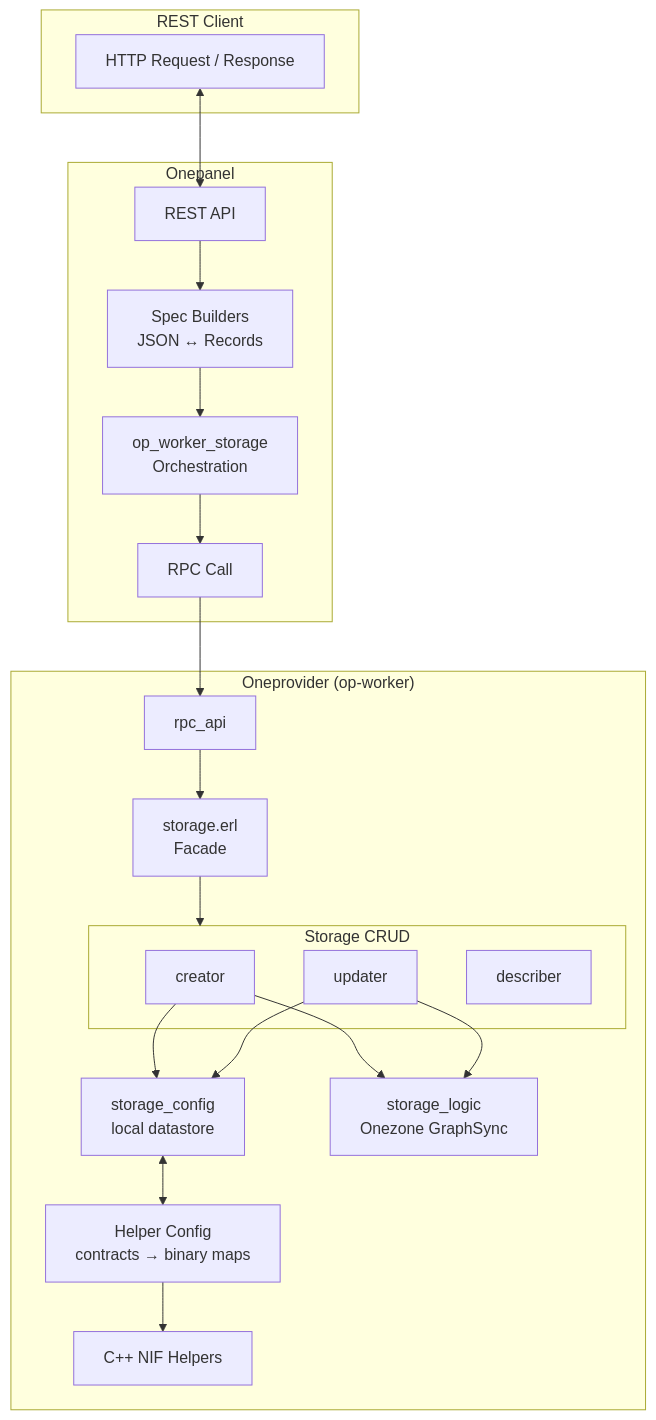
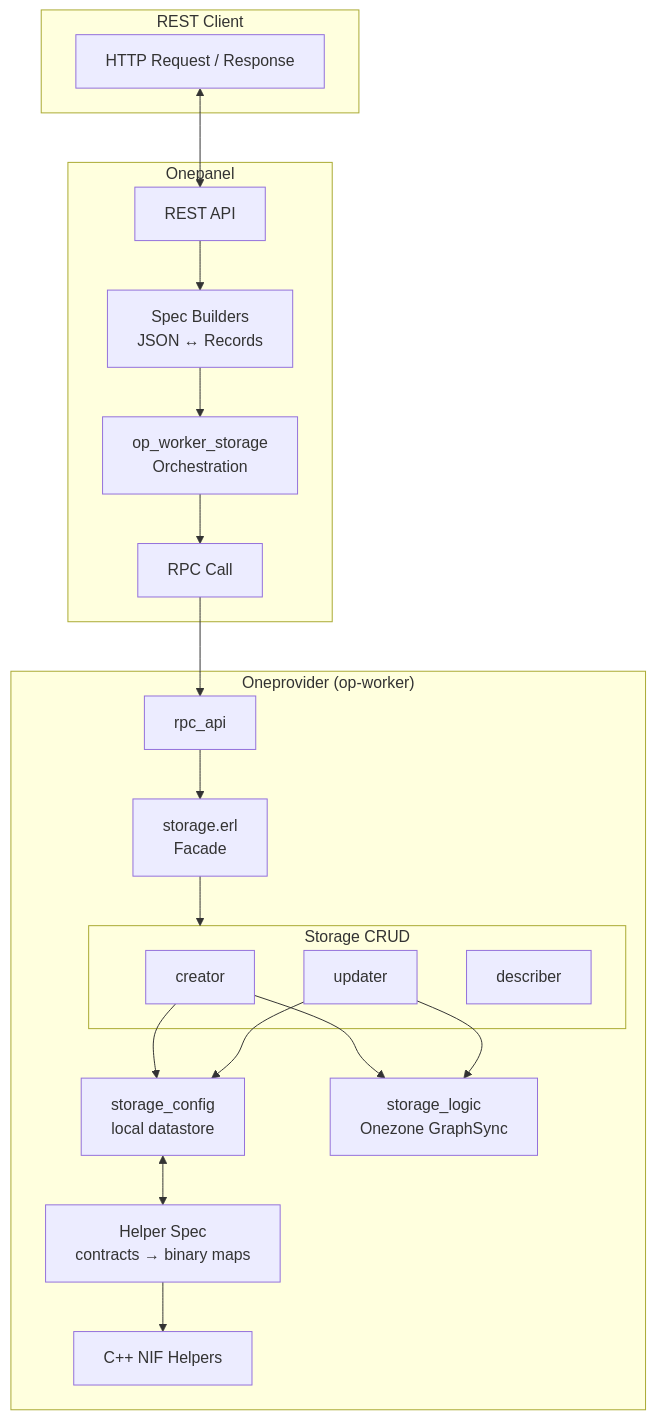
One commit to onedata/op-worker changed the diagram in doc/architecture/storage/_overview.md. Above: the diagram before and after it, drawn with Mermaid. The commit also changed other lines of this file and 82 other files, not shown here.

First line of the commit message:
VFS-12677 Rename helper_config to helper_spec

````diff
--- a/doc/architecture/storage/_overview.md
+++ b/doc/architecture/storage/_overview.md
@@ -42,41 +42,41 @@
 ```mermaid
 flowchart TB
     subgraph Client["REST Client"]
         HTTP[HTTP Request / Response]
     end
 
     subgraph Onepanel["Onepanel"]
         REST[REST API]
         SpecBuilders[Spec Builders\nJSON ↔ Records]
         OpWorkerStorage[op_worker_storage\nOrchestration]
         RPC[RPC Call]
     end
 
     subgraph Provider["Oneprovider (op-worker)"]
         RpcApi[rpc_api]
         StorageFacade[storage.erl\nFacade]
         subgraph CRUD["Storage CRUD"]
             Creator[creator]
             Updater[updater]
             Describer[describer]
         end
-        HelperConfig[Helper Config\ncontracts → binary maps]
+        HelperSpec[Helper Spec\ncontracts → binary maps]
         CppHelpers[C++ NIF Helpers]
         StorageConfig[storage_config\nlocal datastore]
         StorageLogic[storage_logic\nOnezone GraphSync]
     end
 
     HTTP <--> REST
     REST --> SpecBuilders
     SpecBuilders --> OpWorkerStorage
     OpWorkerStorage --> RPC
     RPC --> RpcApi
     RpcApi --> StorageFacade
     StorageFacade --> CRUD
     Creator --> StorageConfig
     Creator --> StorageLogic
     Updater --> StorageConfig
     Updater --> StorageLogic
-    StorageConfig <--> HelperConfig
-    HelperConfig --> CppHelpers
+    StorageConfig <--> HelperSpec
+    HelperSpec --> CppHelpers
 ```
````
